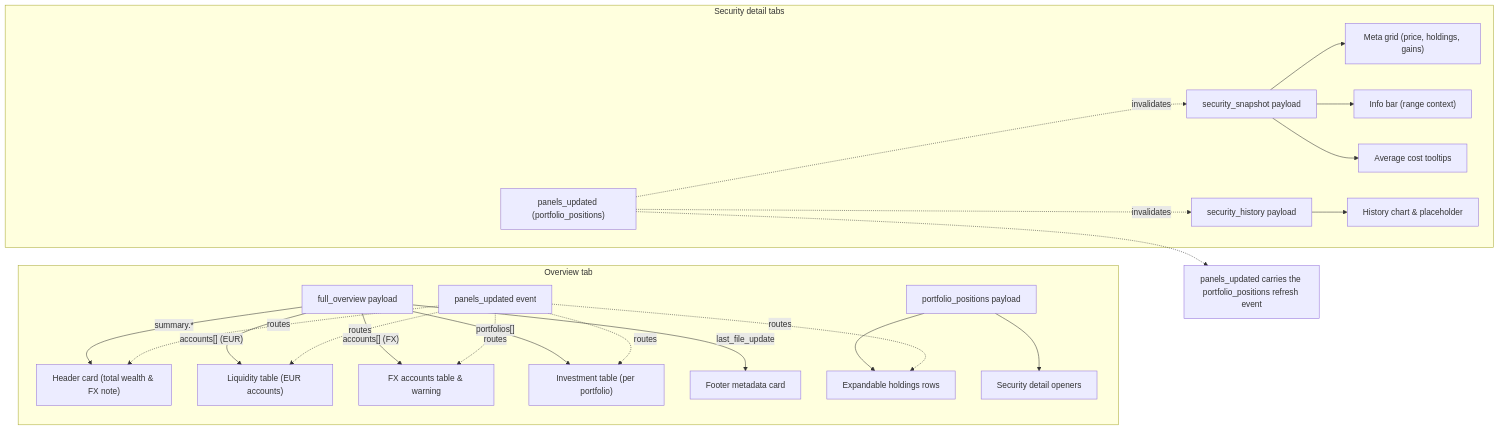
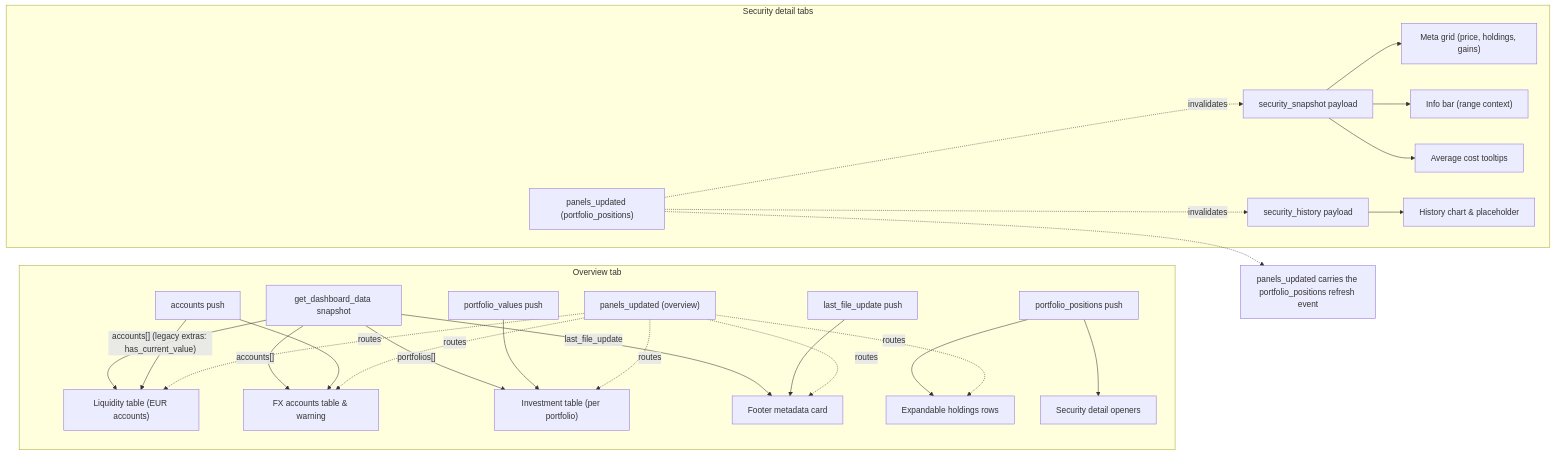
Before and after one commit to Freakandi/ha-pp-reader: the diagram in datamodel/dataflow_frontend.md, drawn with Mermaid. The commit also changed other lines of this file and 6 other files, not shown here.

Commit message:
docs: harmonise overview payload documentation

````diff
--- a/datamodel/dataflow_frontend.md
+++ b/datamodel/dataflow_frontend.md
@@ -5,42 +5,48 @@
 ```mermaid
 ---
 id: 42839b89-6c94-40be-8a54-e17296222dfa
 ---
 flowchart LR
   subgraph OverviewTab["Overview tab"]
-    FullOverview["full_overview payload"]
-    PortfolioPositions["portfolio_positions payload"]
-    PanelsUpdated["panels_updated event"]
+    Snapshot["get_dashboard_data snapshot"]
+    AccountsPush["accounts push"]
+    PortfolioPush["portfolio_values push"]
+    PositionsPush["portfolio_positions push"]
+    LastFilePush["last_file_update push"]
+    PanelsUpdated["panels_updated (overview)"]
 
-    FullOverview -- "summary.*" --> HeaderCard["Header card (total wealth & FX note)"]
-    FullOverview -- "accounts[] (EUR)" --> EurTable["Liquidity table (EUR accounts)"]
-    FullOverview -- "accounts[] (FX)" --> FxTable["FX accounts table & warning"]
-    FullOverview -- "portfolios[]" --> PortfolioTable["Investment table (per portfolio)"]
-    FullOverview -- "last_file_update" --> FooterCard["Footer metadata card"]
-    PortfolioPositions --> ExpandableRows["Expandable holdings rows"]
-    PortfolioPositions --> DetailLaunchers["Security detail openers"]
+    Snapshot -- "accounts[] (legacy extras: has_current_value)" --> EurTable["Liquidity table (EUR accounts)"]
+    Snapshot -- "accounts[]" --> FxTable["FX accounts table & warning"]
+    Snapshot -- "portfolios[]" --> PortfolioTable["Investment table (per portfolio)"]
+    Snapshot -- "last_file_update" --> FooterCard["Footer metadata card"]
+    PortfolioPush --> PortfolioTable
+    AccountsPush --> EurTable
+    AccountsPush --> FxTable
+    LastFilePush --> FooterCard
+    PositionsPush --> ExpandableRows["Expandable holdings rows"]
+    PositionsPush --> DetailLaunchers["Security detail openers"]
 
-    PanelsUpdated -.routes.-> HeaderCard
     PanelsUpdated -.routes.-> EurTable
     PanelsUpdated -.routes.-> FxTable
     PanelsUpdated -.routes.-> PortfolioTable
     PanelsUpdated -.routes.-> ExpandableRows
+    PanelsUpdated -.routes.-> FooterCard
   end
 
   subgraph SecurityTab["Security detail tabs"]
     SecuritySnapshot["security_snapshot payload"]
     SecurityHistory["security_history payload"]
     PanelsUpdatedDetail["panels_updated (portfolio_positions)"]
 
     SecuritySnapshot --> DetailHeader["Meta grid (price, holdings, gains)"]
     SecuritySnapshot --> DetailInfoBar["Info bar (range context)"]
     SecuritySnapshot --> AverageTooltips["Average cost tooltips"]
     SecurityHistory --> HistoryChart["History chart & placeholder"]
 
     PanelsUpdatedDetail -.invalidates.-> SecuritySnapshot
     PanelsUpdatedDetail -.invalidates.-> SecurityHistory
   end
 
   PanelsUpdatedDetailNote["panels_updated carries the portfolio_positions refresh event"]
   PanelsUpdatedDetail -.-> PanelsUpdatedDetailNote
 ```
````
